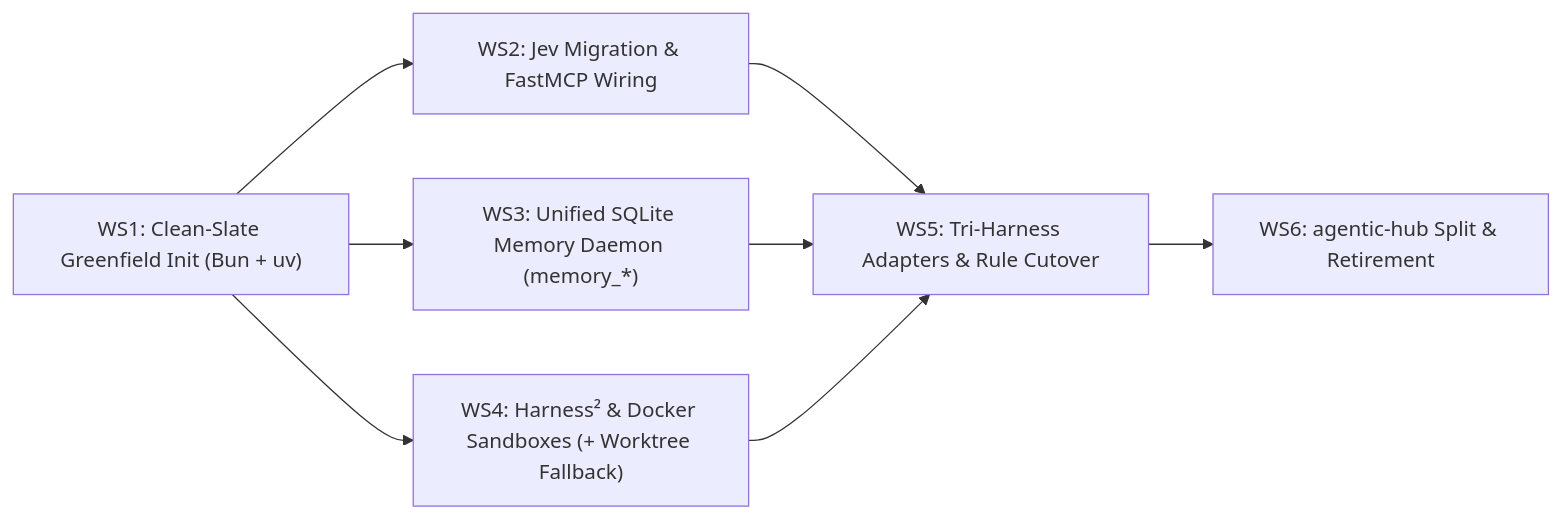
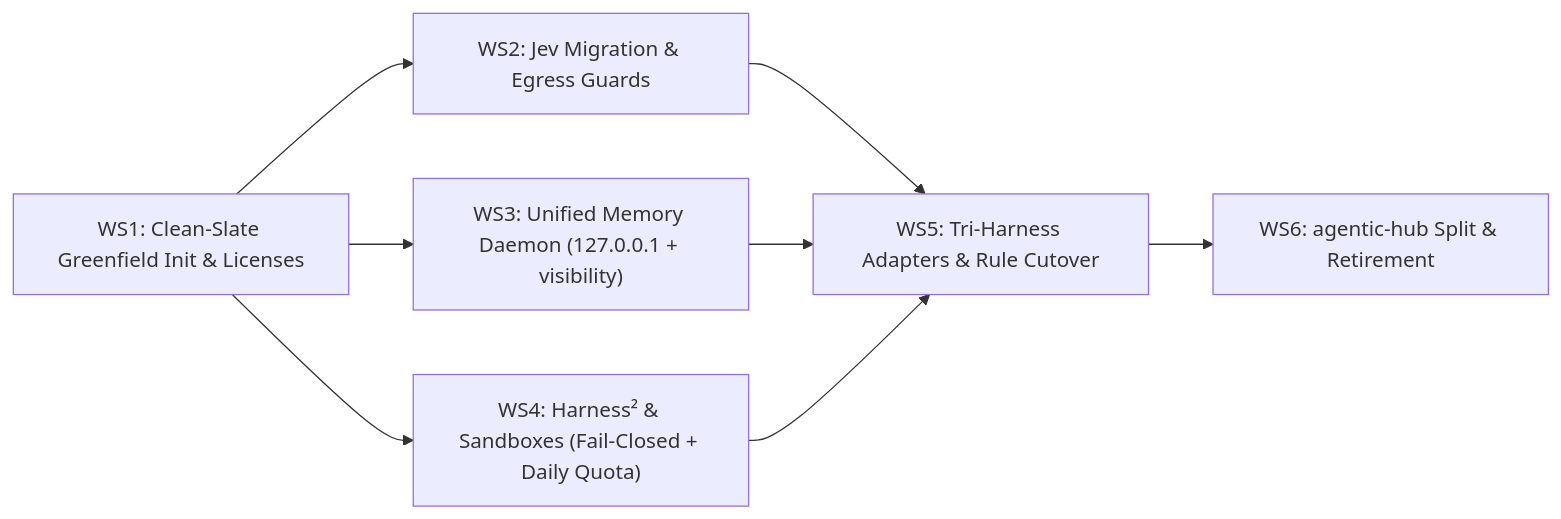
Before and after one commit to rockad/cognitive-engine: the second of 2 diagrams in docs/rfc/001-harness2-jev-unified-cognitive-substrate.md, drawn with Mermaid. The commit also changed other lines of this file, not shown here.

Commit message:
docs(rfc): incorporate Doc-Cr review feedback on egress, fail-closed sandboxes, out-of-tree storage, and licensing

````diff
--- a/docs/rfc/001-harness2-jev-unified-cognitive-substrate.md
+++ b/docs/rfc/001-harness2-jev-unified-cognitive-substrate.md
@@ -181,8 +200,8 @@
 ```mermaid
 flowchart LR
-    WS1["WS1: Clean-Slate Greenfield Init (Bun + uv)"] --> WS2["WS2: Jev Migration & FastMCP Wiring"]
-    WS1 --> WS3["WS3: Unified SQLite Memory Daemon (memory_*)"]
-    WS1 --> WS4["WS4: Harness² & Docker Sandboxes (+ Worktree Fallback)"]
+    WS1["WS1: Clean-Slate Greenfield Init & Licenses"] --> WS2["WS2: Jev Migration & Egress Guards"]
+    WS1 --> WS3["WS3: Unified Memory Daemon (127.0.0.1 + visibility)"]
+    WS1 --> WS4["WS4: Harness² & Sandboxes (Fail-Closed + Daily Quota)"]
     WS2 & WS3 & WS4 --> WS5["WS5: Tri-Harness Adapters & Rule Cutover"]
     WS5 --> WS6["WS6: agentic-hub Split & Retirement"]
 ```
````
